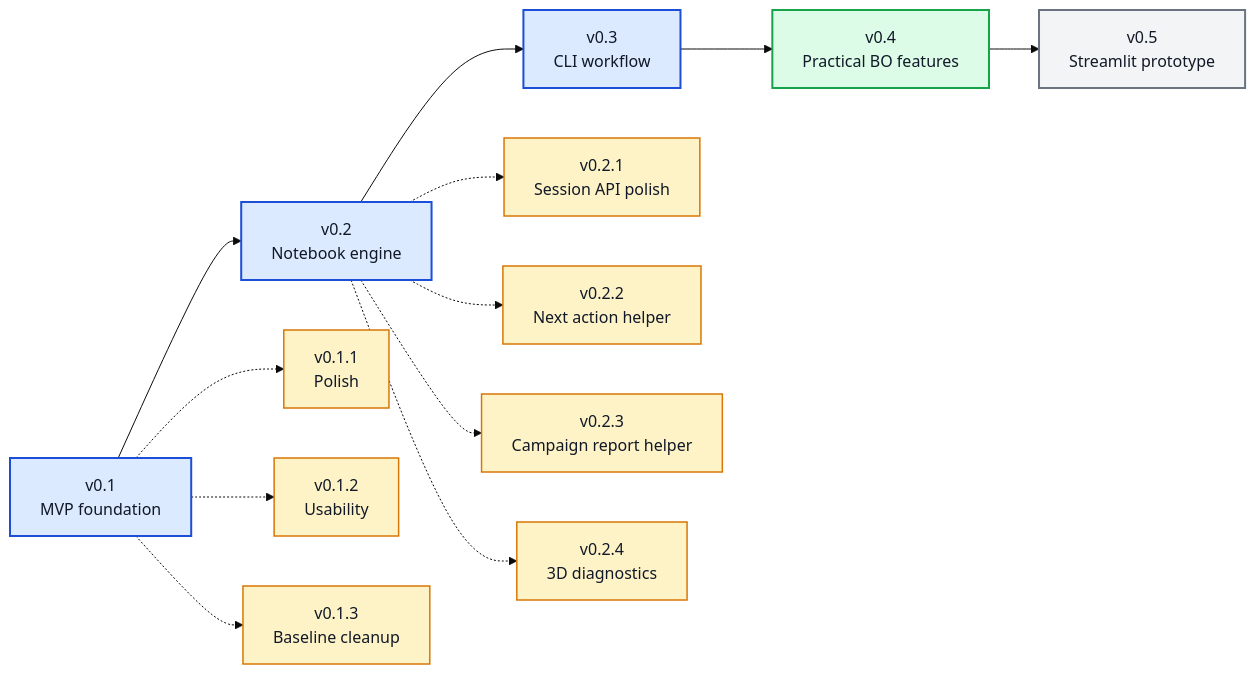
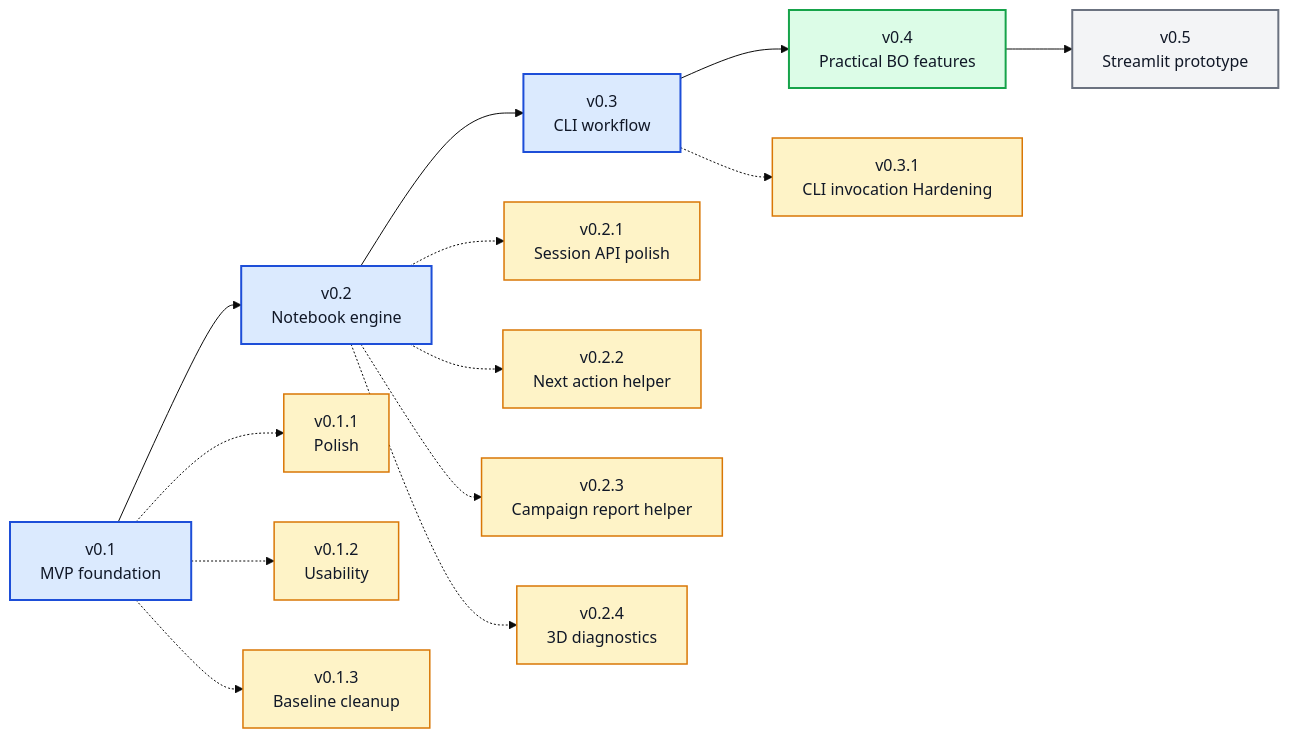
The diagram in ROADMAP.md (angzeli/bo-forge), drawn with Mermaid (base theme) before and after one commit. The commit also changed other lines of this file and 8 other files, not shown here.

Commit message:
v0.3.1 update: CLI invocation hardening

````diff
--- a/ROADMAP.md
+++ b/ROADMAP.md
@@ -7,30 +7,32 @@
 ```mermaid
 flowchart LR
     v01["v0.1<br/>MVP foundation"] --> v02["v0.2<br/>Notebook engine"] --> v03["v0.3<br/>CLI workflow"] --> v04["v0.4<br/>Practical BO features"] --> v05["v0.5<br/>Streamlit prototype"]
 
     v011["v0.1.1<br/>Polish"]
     v012["v0.1.2<br/>Usability"]
     v013["v0.1.3<br/>Baseline cleanup"]
     v021["v0.2.1<br/>Session API polish"]
     v022["v0.2.2<br/>Next action helper"]
     v023["v0.2.3<br/>Campaign report helper"]
     v024["v0.2.4<br/>3D diagnostics"]
+    v031["v0.3.1<br/>CLI invocation Hardening"]
     
     v01 -.-> v011
     v01 -.-> v012
     v01 -.-> v013
     v02 -.-> v021
     v02 -.-> v022
     v02 -.-> v023
     v02 -.-> v024
+    v03 -.-> v031
     
     class v01,v02,v03 majorDone
     class v04 majorNext
     class v05 majorFuture
-    class v011,v012,v013,v021,v022,v023,v024 patchDone
+    class v011,v012,v013,v021,v022,v023,v024,v031 patchDone
 
     classDef majorDone fill:#dbeafe,stroke:#1d4ed8,stroke-width:2px,color:#111827;
     classDef majorNext fill:#dcfce7,stroke:#16a34a,stroke-width:2px,color:#111827;
     classDef majorFuture fill:#f3f4f6,stroke:#6b7280,stroke-width:2px,color:#111827;
     classDef patchDone fill:#fef3c7,stroke:#d97706,stroke-width:1.5px,color:#111827;
 ```
````
